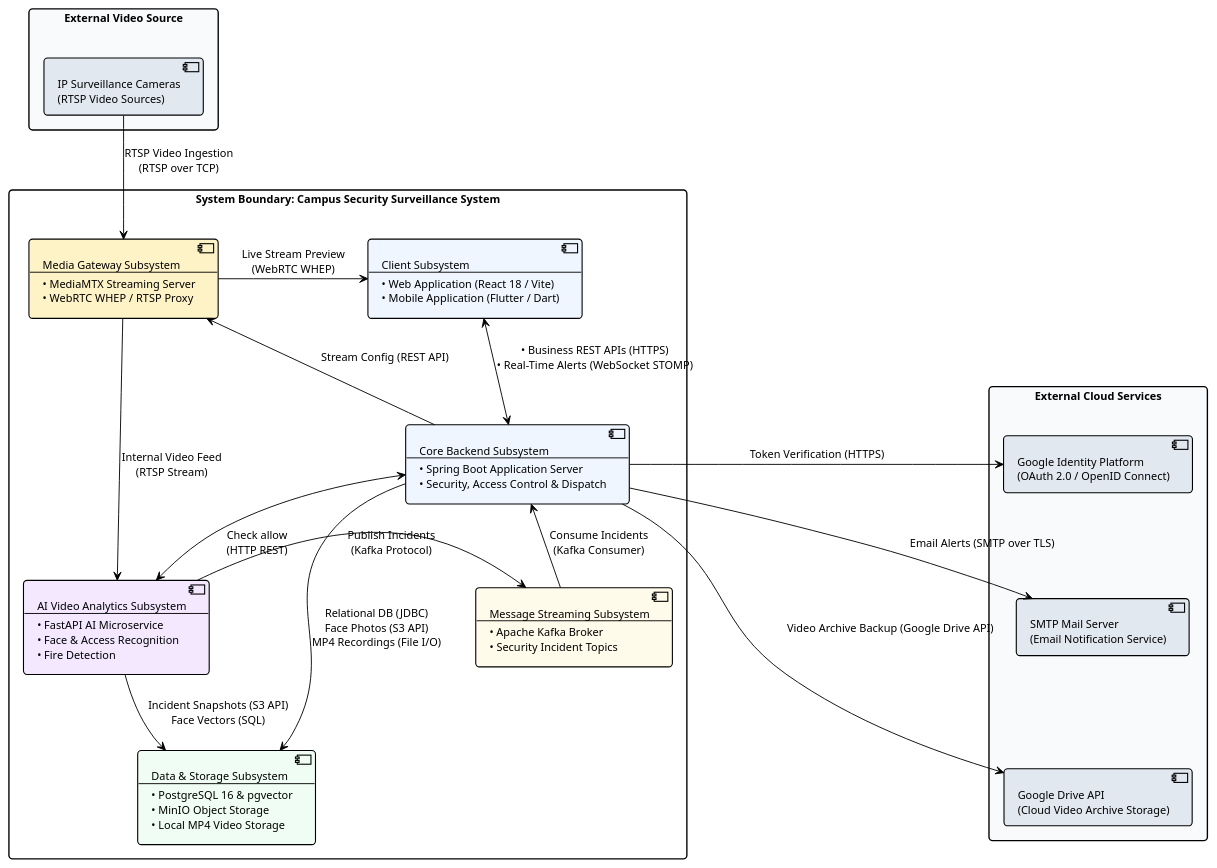
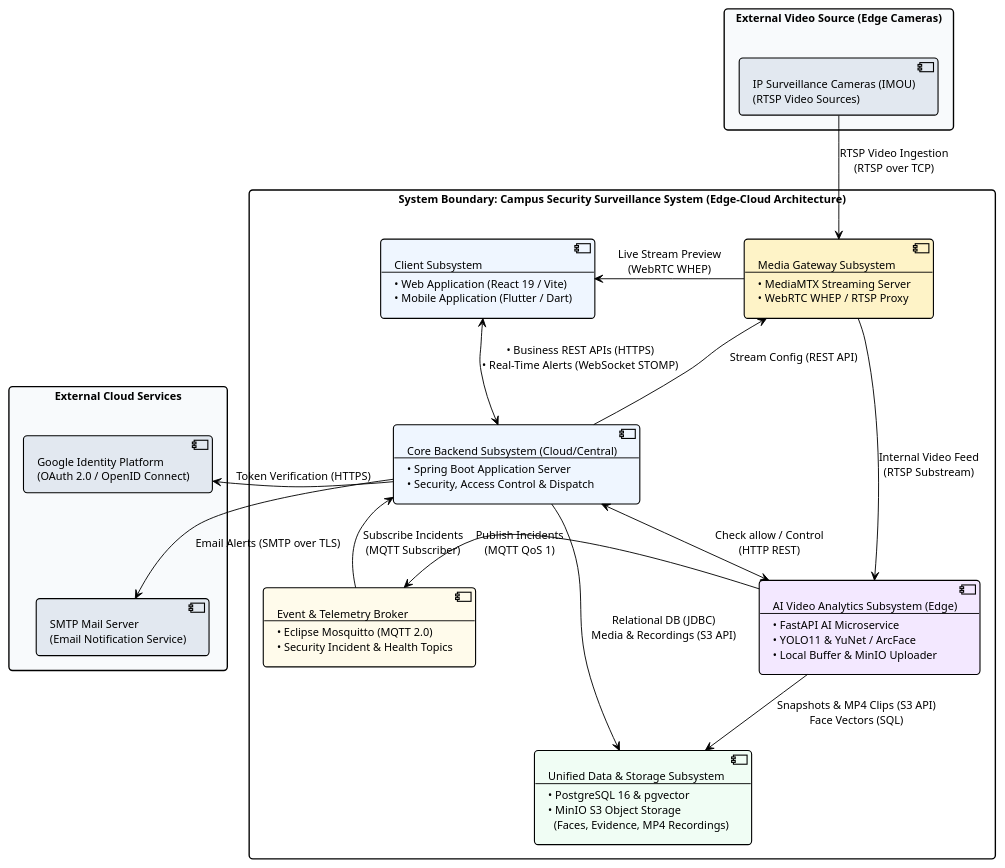
One commit to AnhHao2505/AI-Based-Intelligent-Campus-Security-Surveillance-System changed the diagram in docs/diagrams/system_architecture.puml. Above: the diagram before and after it, drawn with PlantUML. The commit also changed 27 other files, not shown here.

Commit message:
add MQTT instead of Kafka, video recording, MinIO instead of google drive

```diff
--- a/docs/diagrams/system_architecture.puml
+++ b/docs/diagrams/system_architecture.puml
@@ -1,93 +1,90 @@
 @startuml system_architecture
 !theme plain
 skinparam backgroundColor #FFFFFF
 skinparam defaultFontName Arial
 skinparam defaultFontSize 12
 skinparam roundCorner 8
 skinparam shadowing false
 skinparam packageStyle rectangle
 
 skinparam nodesep 50
 skinparam ranksep 50
 
 skinparam rectangle {
     BorderThickness 1.5
 }
 
 skinparam component {
     BorderThickness 1.2
 }
 
 ' ============================================================================
 ' 1. EXTERNAL VIDEO SOURCE (TOP)
 ' ============================================================================
-package "External Video Source" as ExtSources #F8FAFC {
-    component "IP Surveillance Cameras\n(RTSP Video Sources)" as ExtCameras #E2E8F0
+package "External Video Source (Edge Cameras)" as ExtSources #F8FAFC {
+    component "IP Surveillance Cameras (IMOU)\n(RTSP Video Sources)" as ExtCameras #E2E8F0
 }
 
 ' ============================================================================
-' 2. SYSTEM BOUNDARY: CAMPUS SECURITY SURVEILLANCE SYSTEM (CENTER)
+' 2. SYSTEM BOUNDARY: CAMPUS SECURITY SURVEILLANCE SYSTEM (EDGE-CLOUD READY)
 ' ============================================================================
-package "System Boundary: Campus Security Surveillance System" as SysBoundary #FFFFFF {
+package "System Boundary: Campus Security Surveillance System (Edge-Cloud Architecture)" as SysBoundary #FFFFFF {
 
     ' Top Tier: Ingestion & Presentation
     component "Media Gateway Subsystem\n--\n• MediaMTX Streaming Server\n• WebRTC WHEP / RTSP Proxy" as MediaGateway #FEF3C7
     
-    component "Client Subsystem\n--\n• Web Application (React 18 / Vite)\n• Mobile Application (Flutter / Dart)" as ClientSubsys #EFF6FF
+    component "Client Subsystem\n--\n• Web Application (React 19 / Vite)\n• Mobile Application (Flutter / Dart)" as ClientSubsys #EFF6FF
 
     ' Middle Tier: Processing & Event Pipeline
-    component "AI Video Analytics Subsystem\n--\n• FastAPI AI Microservice\n• Face & Access Recognition\n• Fire Detection" as AISubsys #F3E8FF
+    component "AI Video Analytics Subsystem (Edge)\n--\n• FastAPI AI Microservice\n• YOLO11 & YuNet / ArcFace\n• Local Buffer & MinIO Uploader" as AISubsys #F3E8FF
 
-    component "Message Streaming Subsystem\n--\n• Apache Kafka Broker\n• Security Incident Topics" as KafkaSubsys #FFFBEB
+    component "Event & Telemetry Broker\n--\n• Eclipse Mosquitto (MQTT 2.0)\n• Security Incident & Health Topics" as MqttSubsys #FFFBEB
 
-    component "Core Backend Subsystem\n--\n• Spring Boot Application Server\n• Security, Access Control & Dispatch" as BackendSubsys #EFF6FF
+    component "Core Backend Subsystem (Cloud/Central)\n--\n• Spring Boot Application Server\n• Security, Access Control & Dispatch" as BackendSubsys #EFF6FF
 
     ' Bottom Tier: Persistence & Storage
-    component "Data & Storage Subsystem\n--\n• PostgreSQL 16 & pgvector\n• MinIO Object Storage\n• Local MP4 Video Storage" as StorageSubsys #F0FDF4
+    component "Unified Data & Storage Subsystem\n--\n• PostgreSQL 16 & pgvector\n• MinIO S3 Object Storage\n  (Faces, Evidence, MP4 Recordings)" as StorageSubsys #F0FDF4
 }
 
 ' ============================================================================
 ' 3. EXTERNAL CLOUD SERVICES (RIGHT - VERTICAL ALIGNMENT)
 ' ============================================================================
 package "External Cloud Services" as ExtServices #F8FAFC {
     component "Google Identity Platform\n(OAuth 2.0 / OpenID Connect)" as ExtGoogle #E2E8F0
     component "SMTP Mail Server\n(Email Notification Service)" as ExtMail #E2E8F0
-    component "Google Drive API\n(Cloud Video Archive Storage)" as ExtGDrive #E2E8F0
 }
 
 ' Enforce vertical stacking for External Cloud Services
 ExtGoogle -[hidden]down-> ExtMail
-ExtMail -[hidden]down-> ExtGDrive
 
 ' ============================================================================
 ' STREAMLINED DATA FLOWS & PROTOCOLS
 ' ============================================================================
 
 ' 1. Video Ingestion from Top into System Boundary
 ExtCameras -down-> MediaGateway : "RTSP Video Ingestion\n(RTSP over TCP)"
 
 ' 2. Media Streaming & Client Distribution
 MediaGateway -right-> ClientSubsys : "Live Stream Preview\n(WebRTC WHEP)"
-MediaGateway -down-> AISubsys : "Internal Video Feed\n(RTSP Stream)"
+MediaGateway -down-> AISubsys : "Internal Video Feed\n(RTSP Substream)"
 
 ' 3. Client & Core Backend Communication
 ClientSubsys <--> BackendSubsys : "• Business REST APIs (HTTPS)\n• Real-Time Alerts (WebSocket STOMP)"
 
 ' 4. Core Backend Management of Video & AI
 BackendSubsys -up-> MediaGateway : "Stream Config (REST API)"
-BackendSubsys <--> AISubsys : "Check allow\n(HTTP REST)"
+BackendSubsys <--> AISubsys : "Check allow / Control\n(HTTP REST)"
 
-' 5. Security Incident Event Pipeline (Left-to-Right Flow)
-AISubsys -right-> KafkaSubsys : "Publish Incidents\n(Kafka Protocol)"
-KafkaSubsys -right-> BackendSubsys : "Consume Incidents\n(Kafka Consumer)"
+' 5. Security Incident Event Pipeline (Edge-to-Cloud via MQTT)
+AISubsys -right-> MqttSubsys : "Publish Incidents\n(MQTT QoS 1)"
+MqttSubsys -right-> BackendSubsys : "Subscribe Incidents\n(MQTT Subscriber)"
 
-' 6. Data Persistence & Object Storage
-AISubsys -down-> StorageSubsys : "Incident Snapshots (S3 API)\nFace Vectors (SQL)"
-BackendSubsys -down-> StorageSubsys : "Relational DB (JDBC)\nFace Photos (S3 API)\nMP4 Recordings (File I/O)"
+' 6. Data Persistence & Unified Object Storage
+AISubsys -down-> StorageSubsys : "Snapshots & MP4 Clips (S3 API)\nFace Vectors (SQL)"
+BackendSubsys -down-> StorageSubsys : "Relational DB (JDBC)\nMedia & Recordings (S3 API)"
 
 ' 7. External Cloud Integrations (Right side)
 BackendSubsys -right-> ExtGoogle : "Token Verification (HTTPS)"
 BackendSubsys -right-> ExtMail : "Email Alerts (SMTP over TLS)"
-BackendSubsys -right-> ExtGDrive : "Video Archive Backup (Google Drive API)"
 
 @enduml
```
